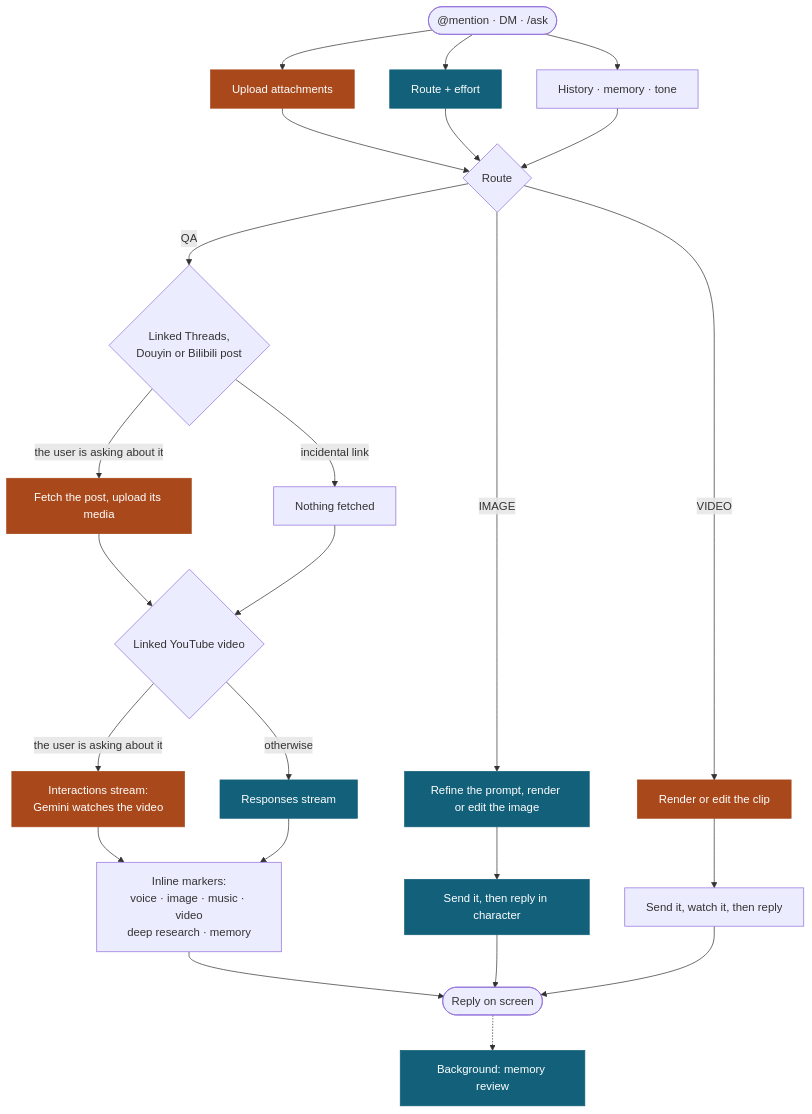
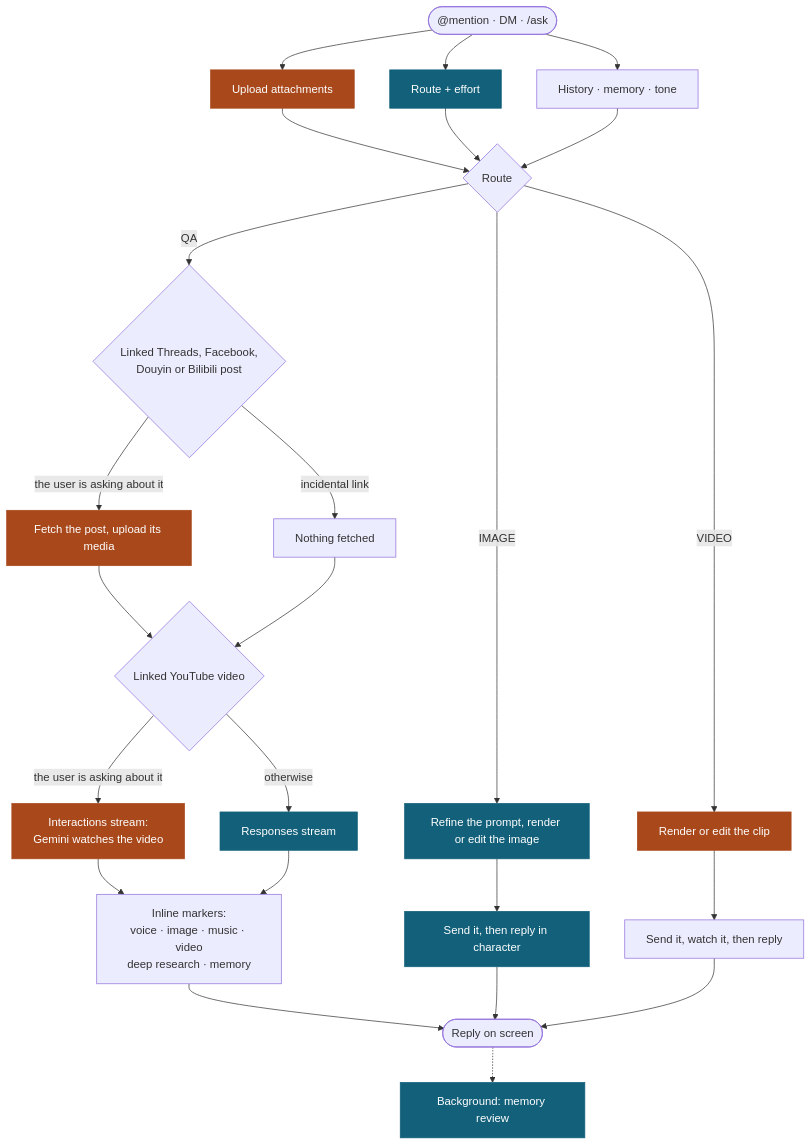
Before and after one commit to Mai0313/discordbot: the diagram in README.md, drawn with Mermaid. The commit also changed other lines of this file and 4 other files, not shown here.

````diff
--- a/README.md
+++ b/README.md
@@ -43,33 +43,33 @@
 ```mermaid
 flowchart TD
     U(["@mention · DM · /ask"]) --> UP & RT & CX
 
     UP["Upload attachments"]
     RT["Route + effort"]
     CX["History · memory · tone"]
 
     UP & RT & CX --> R{"Route"}
 
-    R -->|QA| L{"Linked Threads,<br/>Douyin or Bilibili post"}
+    R -->|QA| L{"Linked Threads, Facebook,<br/>Douyin or Bilibili post"}
     L -->|"the user is asking about it"| LF["Fetch the post, upload its media"]
     L -->|"incidental link"| LS["Nothing fetched"]
     LF & LS --> Y{"Linked YouTube video"}
     Y -->|"the user is asking about it"| YT["Interactions stream:<br/>Gemini watches the video"]
     Y -->|"otherwise"| QS["Responses stream"]
     YT & QS --> Q2["Inline markers:<br/>voice · image · music · video<br/>deep research · memory"]
 
     R -->|IMAGE| I1["Refine the prompt, render or edit the image"]
     I1 --> I2["Send it, then reply in character"]
     R -->|VIDEO| V1["Render or edit the clip"]
     V1 --> V2["Send it, watch it, then reply"]
 
     Q2 --> OUT(["Reply on screen"])
     I2 --> OUT
     V2 --> OUT
     OUT -.-> MM["Background: memory review"]
 
     classDef proxy fill:#12607a,stroke:#12607a,color:#ffffff
     classDef direct fill:#a8481b,stroke:#a8481b,color:#ffffff
     class RT,QS,I1,I2,MM proxy
     class UP,LF,YT,V1 direct
 ```
````
